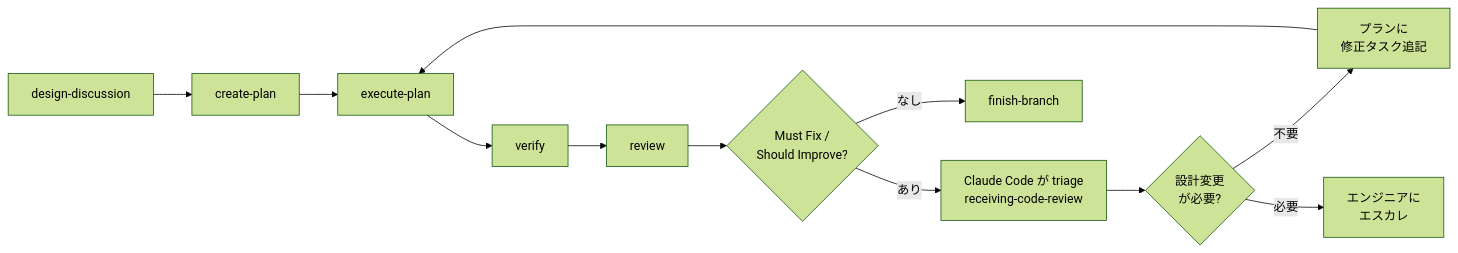
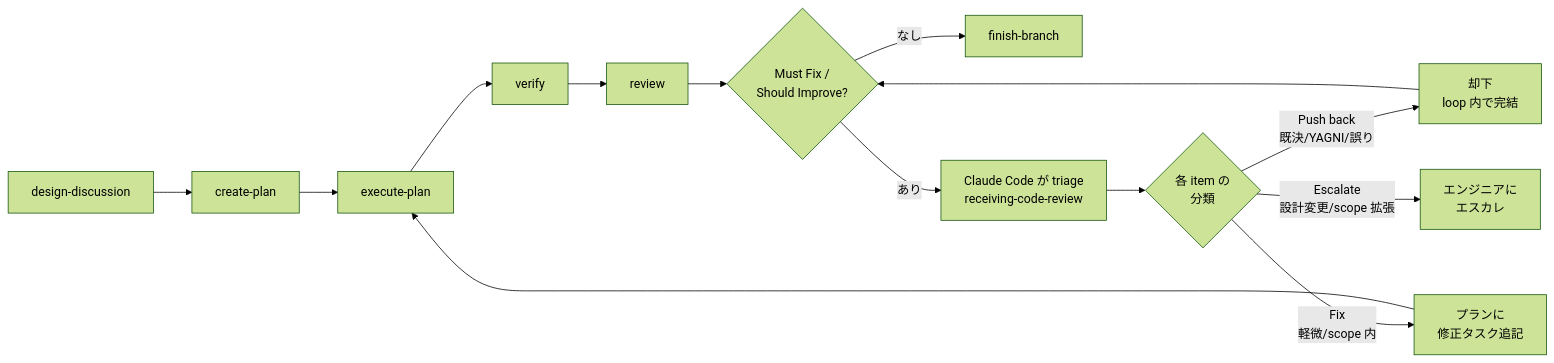
Before and after one commit to CityBear3/dotfiles: the diagram in claude/CLAUDE.md, drawn with Mermaid (forest theme). The commit also changed other lines of this file and 1 other file, not shown here.

Commit message:
Update: clarify review feedback loop triage with three-way decision (push back / fix / escalate)
The previous triage was a two-way decision (fix or escalate), which conflated two failure modes:
- Already-decided items (Design Doc, Design Discussion, plan's Alternative Solutions, Out of scope) were misclassified as escalations because reviewers were unaware of the prior decision.
- Minor improvements (log message grammar, naming) were misclassified as escalations because they did not fit "fix tasks worth appending to the plan".

This change introduces an explicit third outcome — "push back" — for items that should be rejected within the loop without engineer involvement. Escalation is now reserved for genuine design changes (architecture, Design Doc contracts, scope expansion).

- CLAUDE.md: Core Flow mermaid extended to show push back / fix / escalate, and Review feedback loop paragraph rewritten with the three outcomes and explicit "never escalate" rules
- receiving-code-review SKILL.md: new Triage Decision section with criteria and common misclassifications; reconciled the prior conflict between "stop and discuss with engineer" (L89-91) and "push back" (L118-126) guidance

````diff
--- a/claude/CLAUDE.md
+++ b/claude/CLAUDE.md
@@ -74,14 +74,16 @@
 ```mermaid
 flowchart LR
     A[design-discussion] --> B[create-plan]
     B --> C[execute-plan]
     C --> D[verify]
     D --> E[review]
     E --> G{Must Fix /<br/>Should Improve?}
+    G -->|なし| F[finish-branch]
     G -->|あり| J[Claude Code が triage<br/>receiving-code-review]
-    J --> K{設計変更<br/>が必要?}
-    K -->|不要| H[プランに<br/>修正タスク追記]
+    J --> M{各 item の<br/>分類}
+    M -->|Push back<br/>既決/YAGNI/誤り| N[却下<br/>loop 内で完結]
+    M -->|Fix<br/>軽微/scope 内| H[プランに<br/>修正タスク追記]
+    M -->|Escalate<br/>設計変更/scope 拡張| L[エンジニアに<br/>エスカレ]
     H --> C
-    K -->|必要| L[エンジニアに<br/>エスカレ]
-    G -->|なし| F[finish-branch]
+    N --> G
 ```
````
